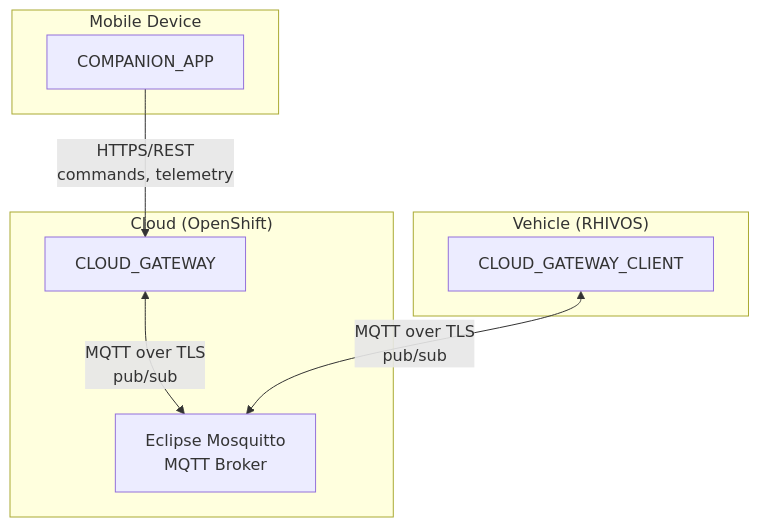
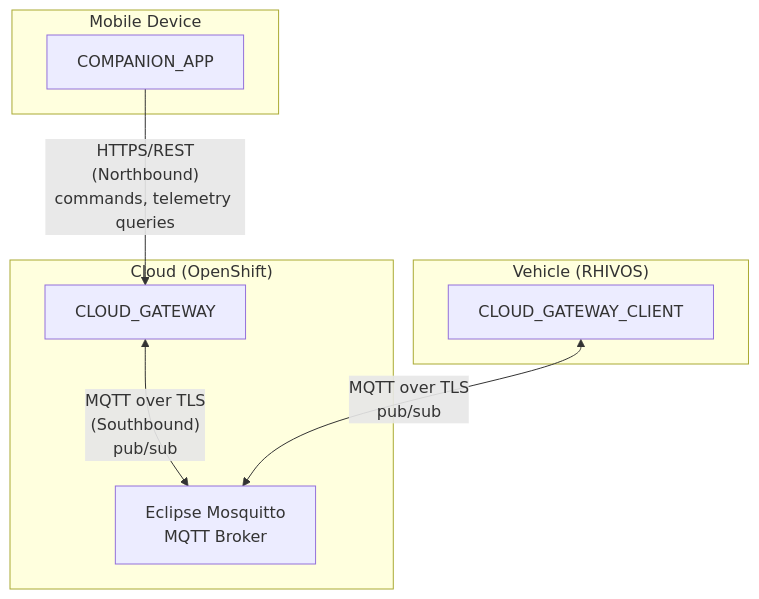
The first of 5 diagrams in .kiro/specs/cloud-gateway/design.md (rhadp/parking-fee-service), drawn with Mermaid before and after one commit. The commit also changed other lines of this file and 1 other file, not shown here.

Commit message:
Updated introduction to clearly describe the two interfaces (Northbound REST API for COMPANION_APP, Southbound MQTT for CLOUD_GATEWAY_CLIENT)

````diff
--- a/.kiro/specs/cloud-gateway/design.md
+++ b/.kiro/specs/cloud-gateway/design.md
@@ -13,19 +16,19 @@
 ```mermaid
 flowchart TB
     subgraph Mobile["Mobile Device"]
         CA[COMPANION_APP]
     end
     
     subgraph Cloud["Cloud (OpenShift)"]
         CG[CLOUD_GATEWAY]
         MQ[Eclipse Mosquitto<br/>MQTT Broker]
     end
     
     subgraph Vehicle["Vehicle (RHIVOS)"]
         CGC[CLOUD_GATEWAY_CLIENT]
     end
     
-    CA -->|"HTTPS/REST<br/>commands, telemetry"| CG
-    CG <-->|"MQTT over TLS<br/>pub/sub"| MQ
+    CA -->|"HTTPS/REST<br/>(Northbound)<br/>commands, telemetry queries"| CG
+    CG <-->|"MQTT over TLS<br/>(Southbound)<br/>pub/sub"| MQ
     CGC <-->|"MQTT over TLS<br/>pub/sub"| MQ
 ```
````
